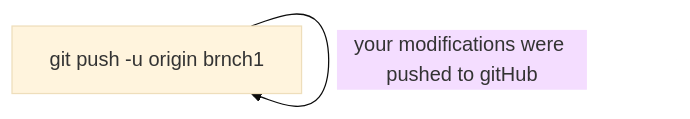
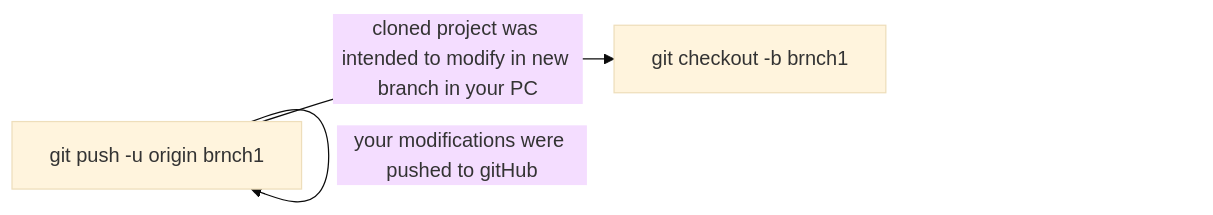
One commit to Akhmarzhan/practicum-task changed the third of 3 diagrams in README.md. Above: the diagram before and after it, drawn with Mermaid (base theme).

Commit message:
Added mermaid about git pull

````diff
--- a/README.md
+++ b/README.md
@@ -84,9 +84,9 @@
 ```mermaid
   graph LR;
-      id["git clone URL"]-- "cloned project was intended to modify in new branch in your PC" --> id["git checkout -b brnch1"];
+      id["git clone URL"] -- "cloned project was intended to modify in new branch in your PC" --> id1["git checkout -b brnch1"];
       id["git checkout -b brnch1"] -- "after modifying the code switched to main branch" --> id["git checkout master"];
 	  id["git checkout master"]  -- "new version of repo pulled from GitHub" --> id["git pull"] ;
 	  id["git pull"] -- "switched to your branch order to update it with new repo" --> id["git checkout brnch1"] ;
 	  id["git checkout brnch1"] -- "branches merged, conflicts were solved" --> id["git merge master"] ;
 	  id["git merge master"] -- "your modifications were pushed to gitHub"  --> id["git push -u origin brnch1"];
 ```
````
